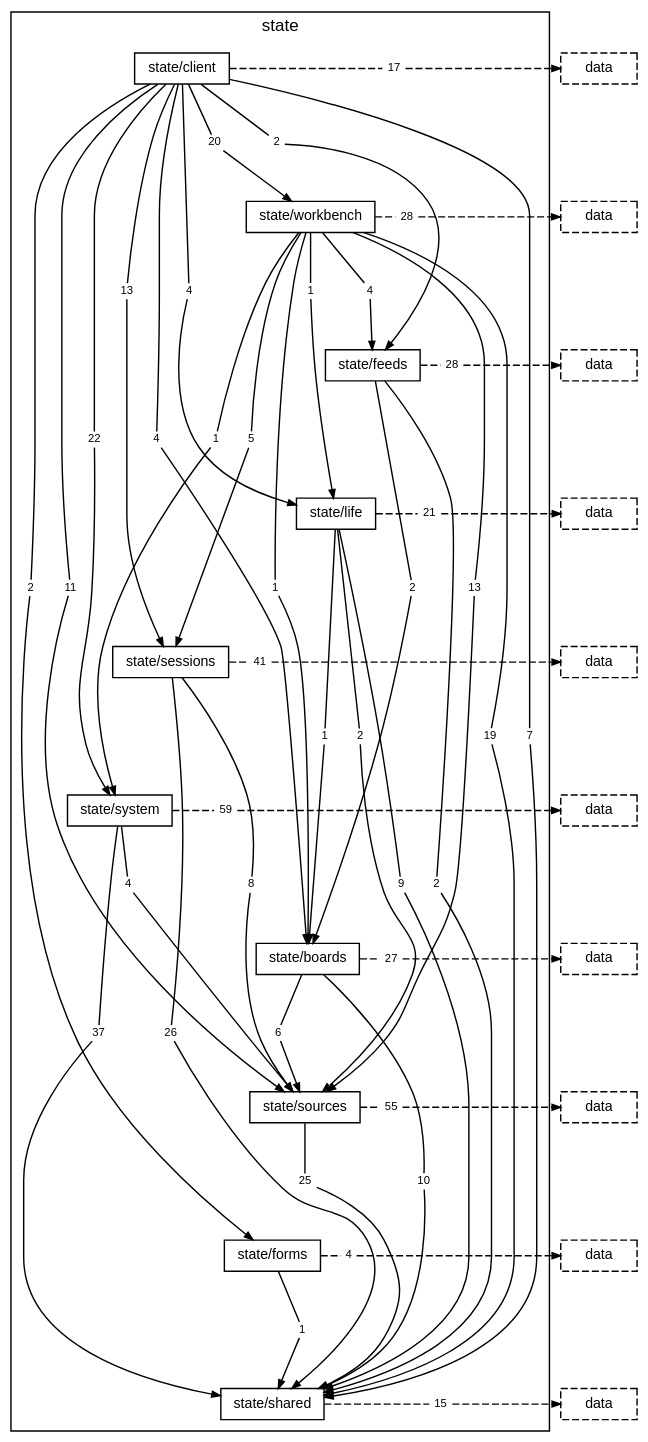
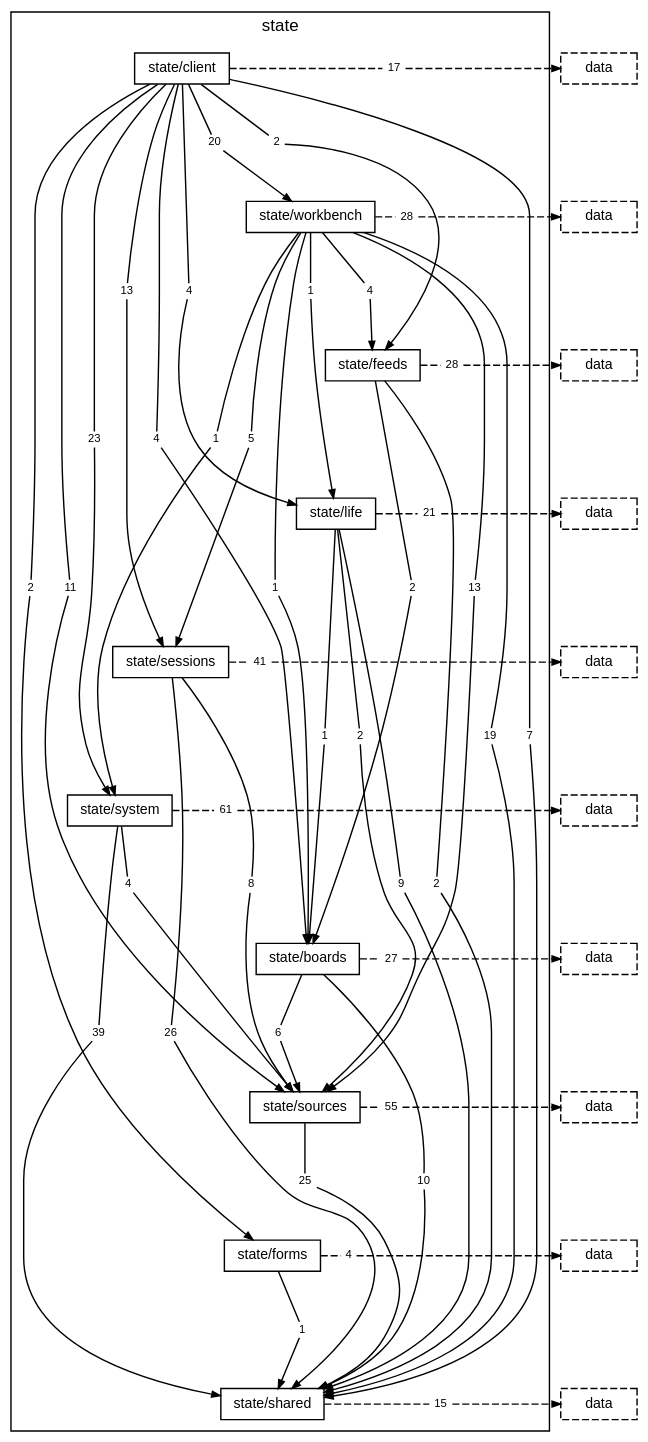
One commit to TheAxeC/oculus changed the diagram in docs/diagrams/layer-state.dot. Above: the diagram before and after it, drawn with Graphviz. The commit also changed 102 other files, not shown here.

```diff
--- a/docs/diagrams/layer-state.dot
+++ b/docs/diagrams/layer-state.dot
@@ -21,7 +21,7 @@
         "folder state/client to folder state/sessions" [label="13", shape=box, color="transparent", fontsize=8, width=0, height=0, margin="0.04,0.02"];
         "folder state/client to folder state/shared" [label="7", shape=box, color="transparent", fontsize=8, width=0, height=0, margin="0.04,0.02"];
         "folder state/client to folder state/sources" [label="11", shape=box, color="transparent", fontsize=8, width=0, height=0, margin="0.04,0.02"];
-        "folder state/client to folder state/system" [label="22", shape=box, color="transparent", fontsize=8, width=0, height=0, margin="0.04,0.02"];
+        "folder state/client to folder state/system" [label="23", shape=box, color="transparent", fontsize=8, width=0, height=0, margin="0.04,0.02"];
         "folder state/client to folder state/workbench" [label="20", shape=box, color="transparent", fontsize=8, width=0, height=0, margin="0.04,0.02"];
         "folder state/client to layer data" [label="17", shape=box, color="transparent", fontsize=8, width=0, height=0, margin="0.04,0.02"];
         "folder state/workbench to folder state/boards" [label="1", shape=box, color="transparent", fontsize=8, width=0, height=0, margin="0.04,0.02"];
@@ -42,9 +42,9 @@
         "folder state/sessions to folder state/shared" [label="26", shape=box, color="transparent", fontsize=8, width=0, height=0, margin="0.04,0.02"];
         "folder state/sessions to folder state/sources" [label="8", shape=box, color="transparent", fontsize=8, width=0, height=0, margin="0.04,0.02"];
         "folder state/sessions to layer data" [label="41", shape=box, color="transparent", fontsize=8, width=0, height=0, margin="0.04,0.02"];
-        "folder state/system to folder state/shared" [label="37", shape=box, color="transparent", fontsize=8, width=0, height=0, margin="0.04,0.02"];
+        "folder state/system to folder state/shared" [label="39", shape=box, color="transparent", fontsize=8, width=0, height=0, margin="0.04,0.02"];
         "folder state/system to folder state/sources" [label="4", shape=box, color="transparent", fontsize=8, width=0, height=0, margin="0.04,0.02"];
-        "folder state/system to layer data" [label="59", shape=box, color="transparent", fontsize=8, width=0, height=0, margin="0.04,0.02"];
+        "folder state/system to layer data" [label="61", shape=box, color="transparent", fontsize=8, width=0, height=0, margin="0.04,0.02"];
         "folder state/boards to folder state/shared" [label="10", shape=box, color="transparent", fontsize=8, width=0, height=0, margin="0.04,0.02"];
         "folder state/boards to folder state/sources" [label="6", shape=box, color="transparent", fontsize=8, width=0, height=0, margin="0.04,0.02"];
         "folder state/boards to layer data" [label="27", shape=box, color="transparent", fontsize=8, width=0, height=0, margin="0.04,0.02"];
```
